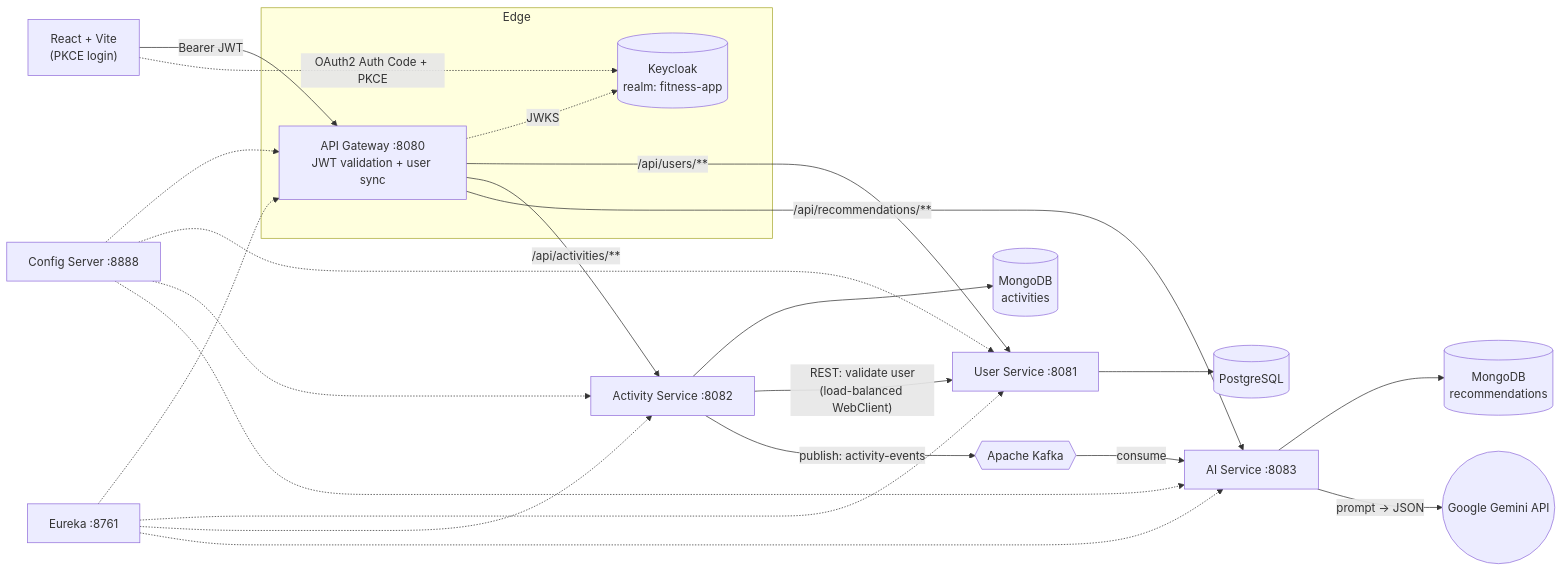
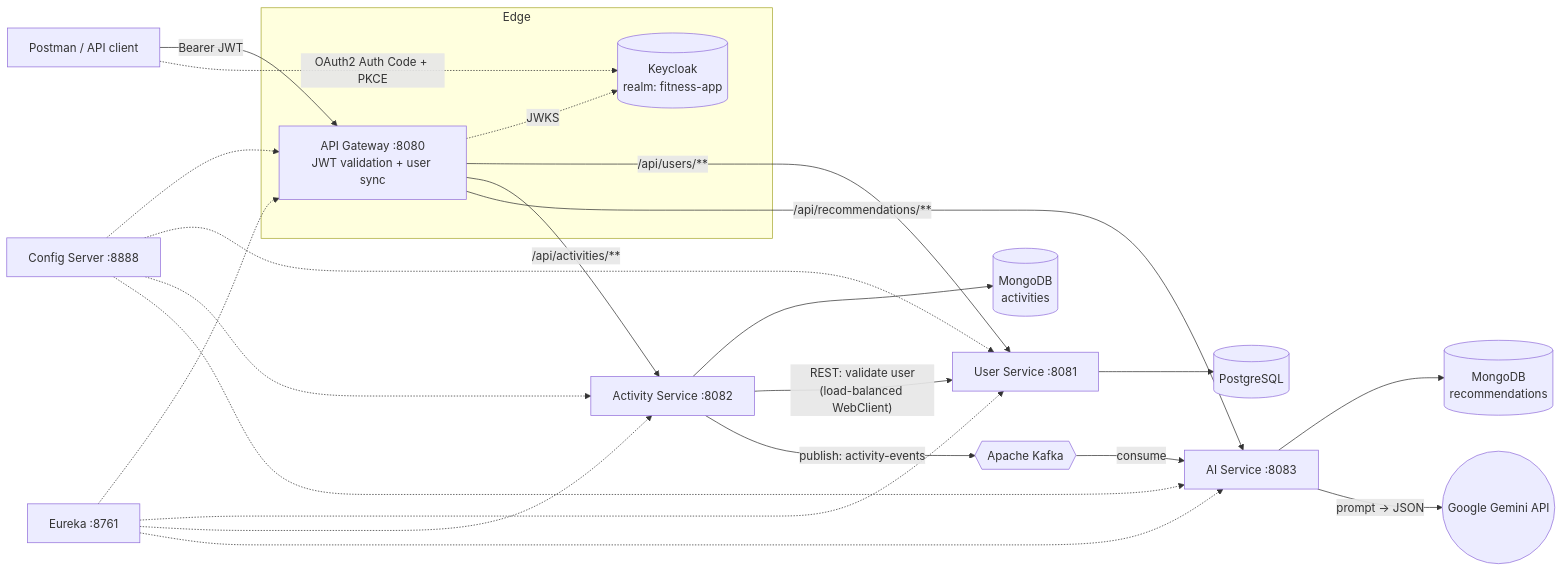
Before and after one commit to Yuganshhhh/FitPilot: the diagram in README.md, drawn with Mermaid. The commit also changed other lines of this file, not shown here.

````diff
--- a/README.md
+++ b/README.md
@@ -40,28 +40,28 @@
 ```mermaid
 flowchart LR
-    FE["React + Vite<br/>(PKCE login)"] -->|"Bearer JWT"| GW
+    CL["Postman / API client"] -->|"Bearer JWT"| GW
 
     subgraph Edge
         KC[("Keycloak<br/>realm: fitness-app")]
         GW["API Gateway :8080<br/>JWT validation + user sync"]
     end
 
-    FE -. "OAuth2 Auth Code + PKCE" .-> KC
+    CL -. "OAuth2 Auth Code + PKCE" .-> KC
     GW -. "JWKS" .-> KC
 
     GW -->|"/api/users/**"| US["User Service :8081"]
     GW -->|"/api/activities/**"| AS["Activity Service :8082"]
     GW -->|"/api/recommendations/**"| AI["AI Service :8083"]
 
     US --> PG[("PostgreSQL")]
     AS --> M1[("MongoDB<br/>activities")]
     AI --> M2[("MongoDB<br/>recommendations")]
 
     AS -- "REST: validate user<br/>(load-balanced WebClient)" --> US
     AS -- "publish: activity-events" --> K{{"Apache Kafka"}}
     K -- "consume" --> AI
     AI -- "prompt → JSON" --> G(("Google Gemini API"))
 
     CFG["Config Server :8888"] -.-> GW & US & AS & AI
     EU["Eureka :8761"] -.-> GW & US & AS & AI
 ```
````
